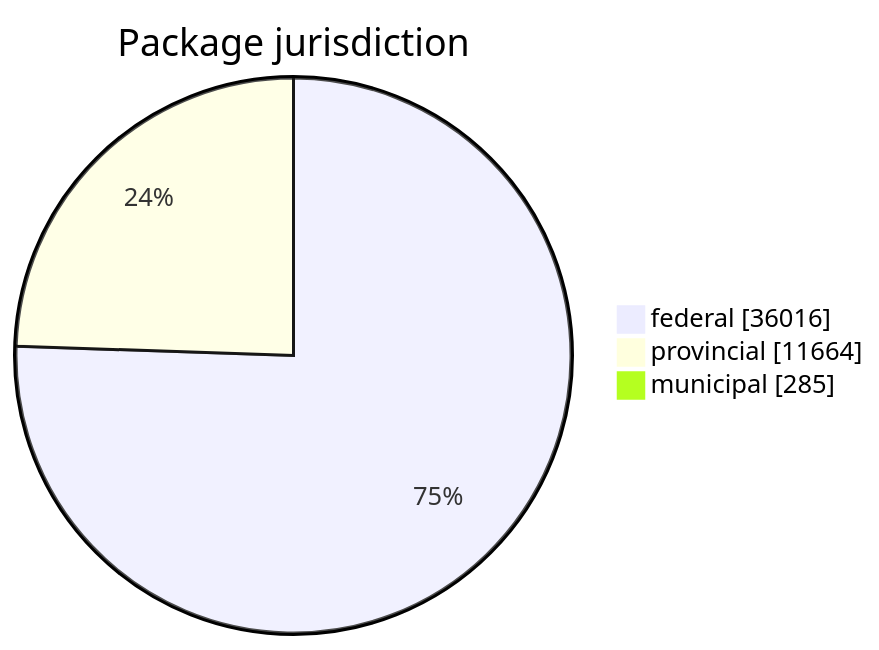
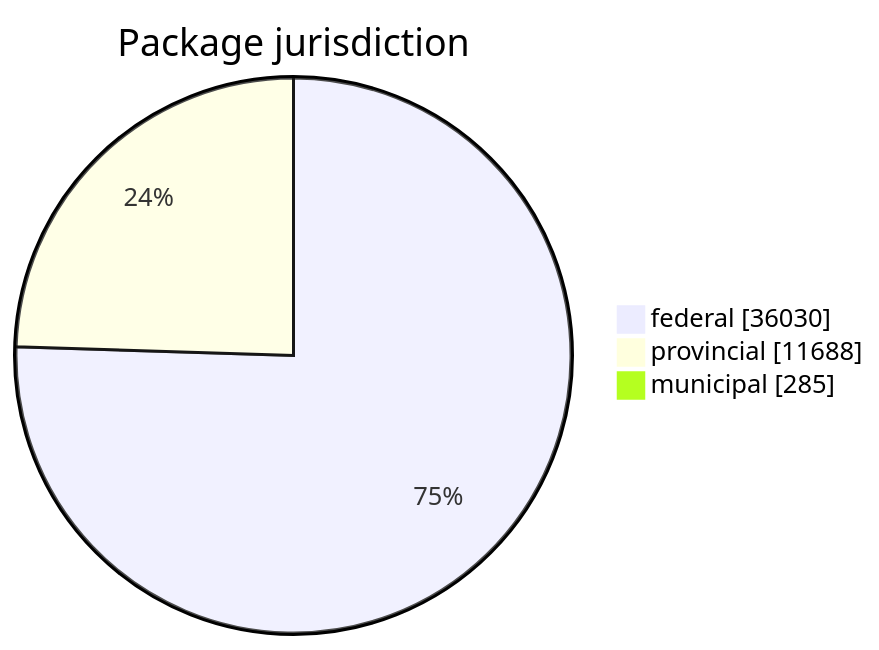
Before and after one commit to open-data/analytics-corporate-reporting: the first of 5 diagrams in FreshCheck/README.md, drawn with Mermaid. The commit also changed other lines of this file and 3 other files, not shown here.

````diff
--- a/FreshCheck/README.md
+++ b/FreshCheck/README.md
@@ -60,6 +60,6 @@
 ```mermaid
 pie showData title Package jurisdiction
-    "federal": 36016
-    "provincial": 11664
+    "federal": 36030
+    "provincial": 11688
     "municipal": 285
 ```
````
